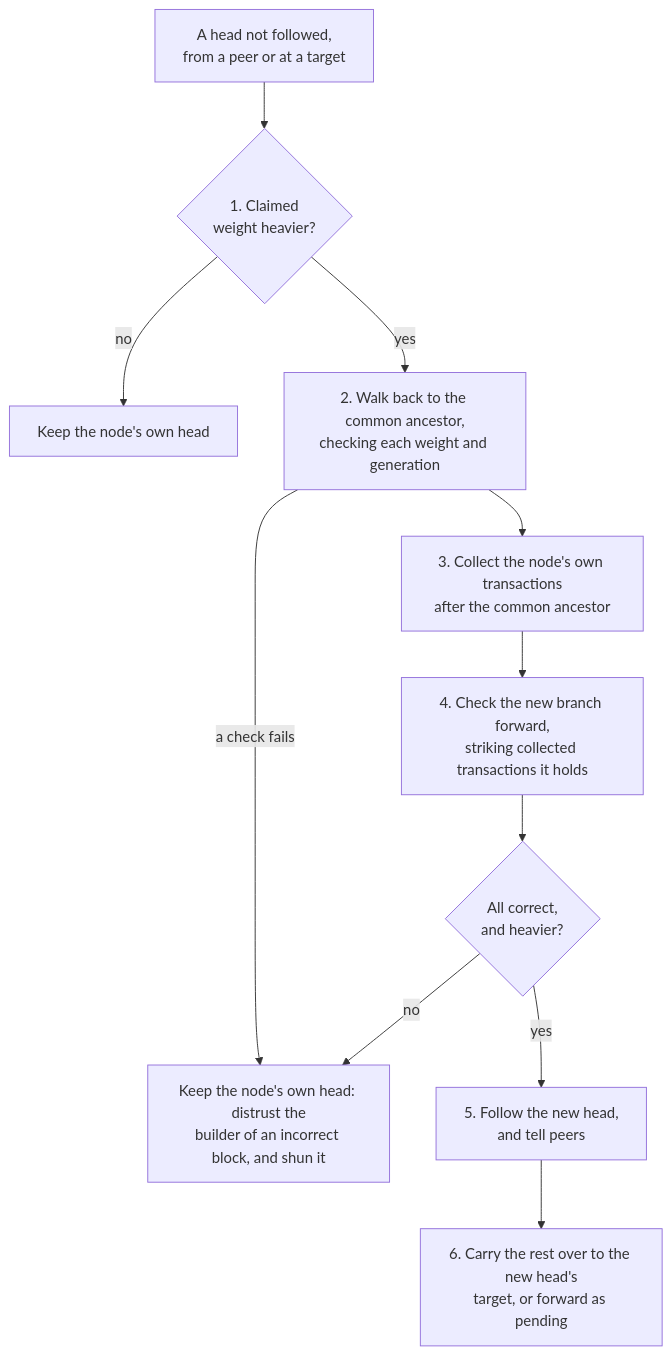
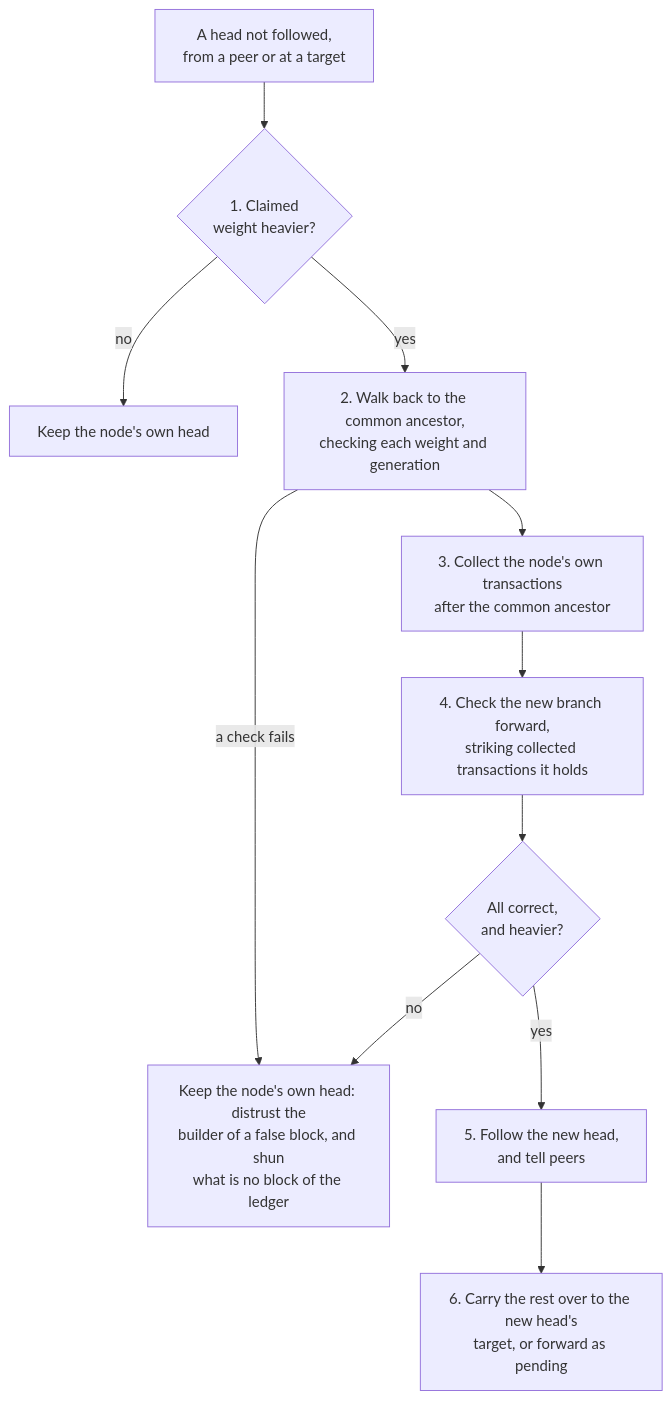
One commit to marcpage/libranet changed the third of 5 diagrams in docs/specs/KarmaLedger.md. Above: the diagram before and after it, drawn with Mermaid. The commit also changed other lines of this file and 4 other files, not shown here.

````diff
--- a/docs/specs/KarmaLedger.md
+++ b/docs/specs/KarmaLedger.md
@@ -230,13 +237,13 @@
 ```mermaid
 flowchart TD
     learn["A head not followed,<br/>from a peer or at a target"] --> claim{"1. Claimed<br/>weight heavier?"}
     claim -->|no| keep["Keep the node's own head"]
     claim -->|yes| walk["2. Walk back to the common ancestor,<br/>checking each weight and generation"]
     walk -->|"a check fails"| reject
     walk --> collect["3. Collect the node's own transactions<br/>after the common ancestor"]
     collect --> check["4. Check the new branch forward,<br/>striking collected transactions it holds"]
     check --> valid{"All correct,<br/>and heavier?"}
-    valid -->|no| reject["Keep the node's own head: distrust the<br/>builder of an incorrect block, and shun it"]
+    valid -->|no| reject["Keep the node's own head: distrust the<br/>builder of a false block, and shun<br/>what is no block of the ledger"]
     valid -->|yes| follow["5. Follow the new head,<br/>and tell peers"]
     follow --> carry["6. Carry the rest over to the new head's<br/>target, or forward as pending"]
 ```
````
